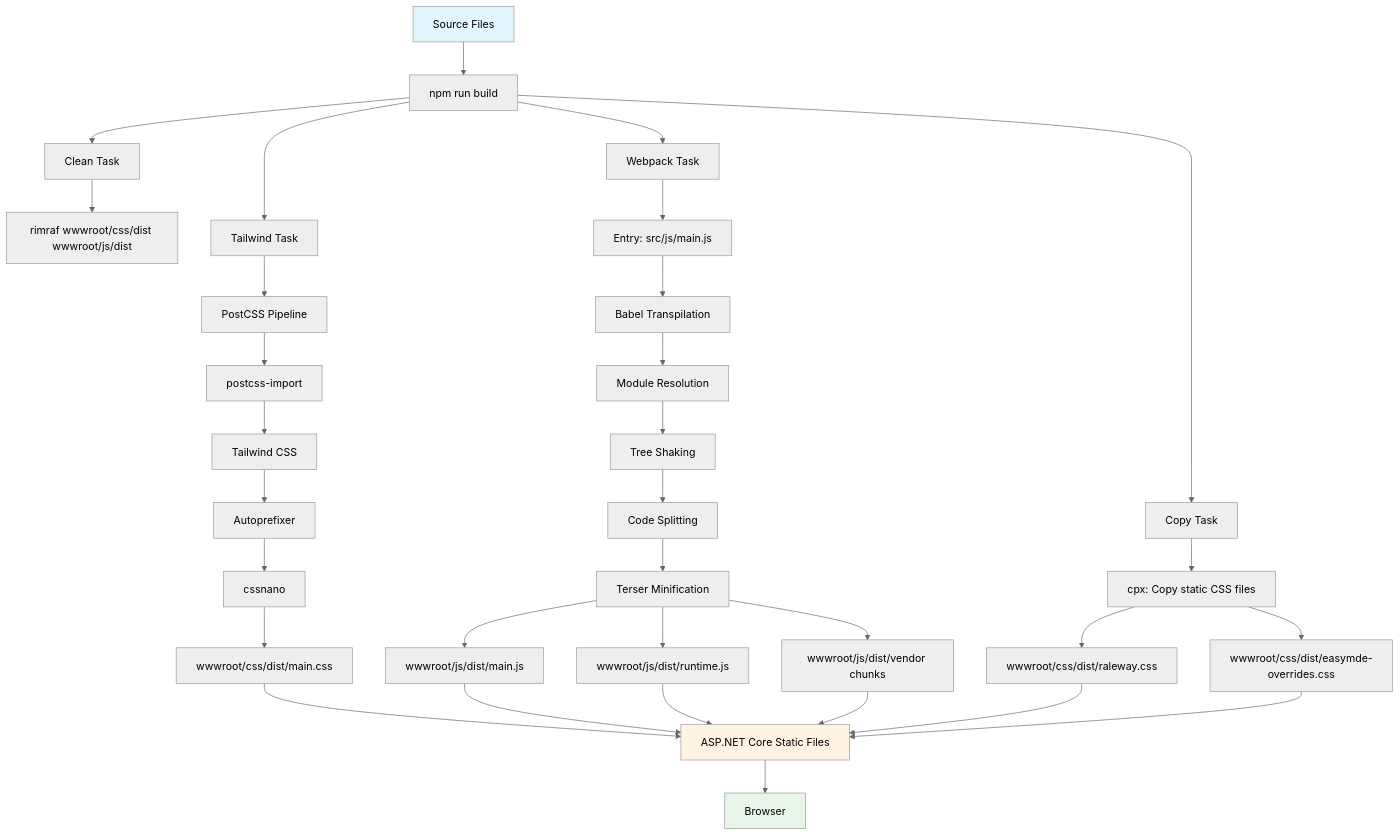
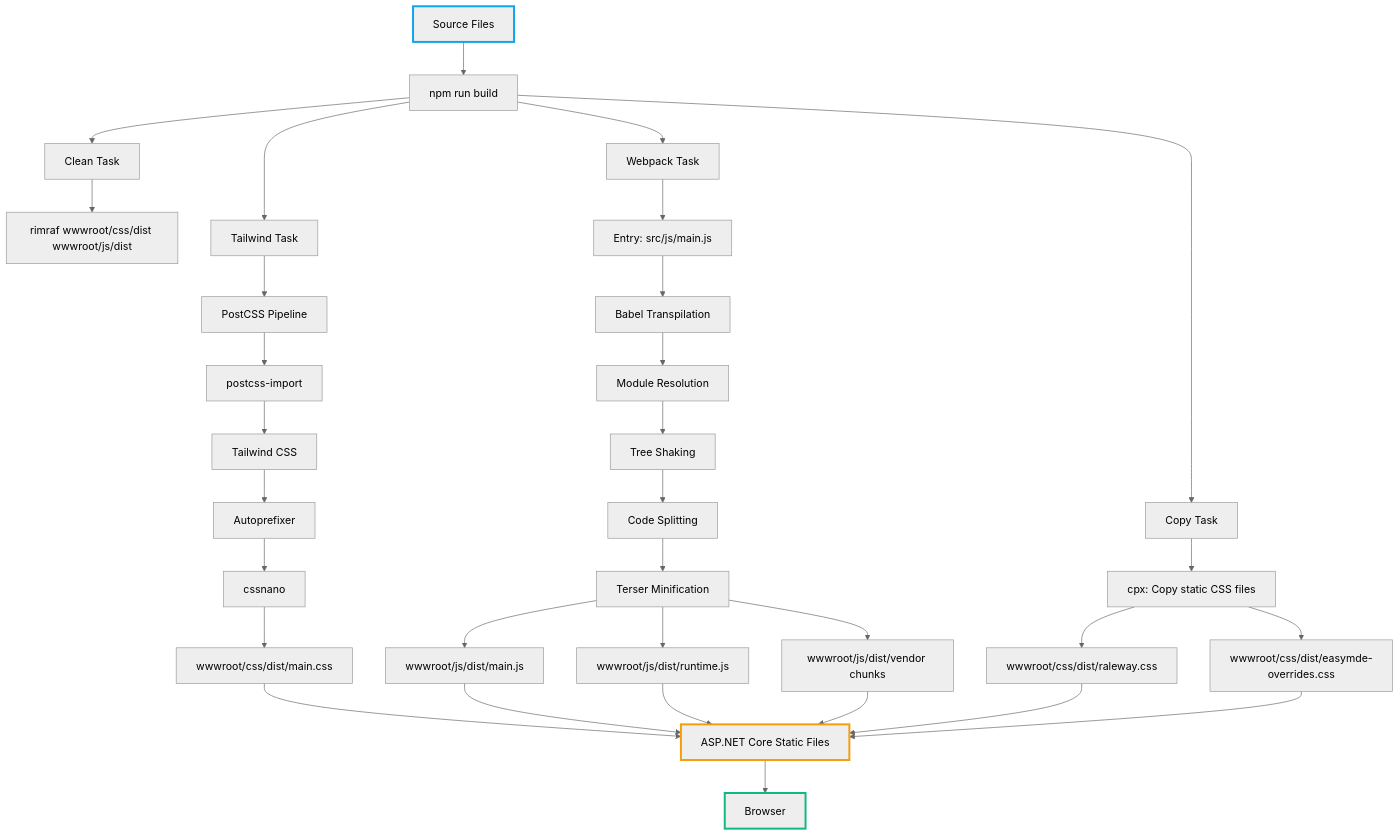
One commit to Shaddix/mostlylucidweb changed the diagram in Mostlylucid/Markdown/modernising-frontend-build-pipeline.md. Above: the diagram before and after it, drawn with Mermaid (neutral theme). The commit also changed 11 other files, not shown here.

First line of the commit message:
update: replace background fills with stroke styling in Mermaid diagrams

````diff
--- a/Mostlylucid/Markdown/modernising-frontend-build-pipeline.md
+++ b/Mostlylucid/Markdown/modernising-frontend-build-pipeline.md
@@ -538,43 +538,43 @@
 ```mermaid
 graph TD
     A[Source Files] --> B[npm run build]
     B --> C[Clean Task]
     C --> D[rimraf wwwroot/css/dist wwwroot/js/dist]
 
     B --> E[Copy Task]
     E --> F[cpx: Copy static CSS files]
     F --> G[wwwroot/css/dist/raleway.css]
     F --> H[wwwroot/css/dist/easymde-overrides.css]
 
     B --> I[Tailwind Task]
     I --> J[PostCSS Pipeline]
     J --> K[postcss-import]
     K --> L[Tailwind CSS]
     L --> M[Autoprefixer]
     M --> N[cssnano]
     N --> O[wwwroot/css/dist/main.css]
 
     B --> P[Webpack Task]
     P --> Q[Entry: src/js/main.js]
     Q --> R[Babel Transpilation]
     R --> S[Module Resolution]
     S --> T[Tree Shaking]
     T --> U[Code Splitting]
     U --> V[Terser Minification]
     V --> W[wwwroot/js/dist/main.js]
     V --> X[wwwroot/js/dist/runtime.js]
     V --> Y[wwwroot/js/dist/vendor chunks]
 
     O --> Z[ASP.NET Core Static Files]
     W --> Z
     X --> Z
     Y --> Z
     G --> Z
     H --> Z
 
     Z --> AA[Browser]
 
-    style A fill:#e1f5ff
-    style Z fill:#fff4e1
-    style AA fill:#e8f5e9
+    style A stroke:#0ea5e9,stroke-width:3px
+    style Z stroke:#f59e0b,stroke-width:3px
+    style AA stroke:#10b981,stroke-width:3px
 ```
````
